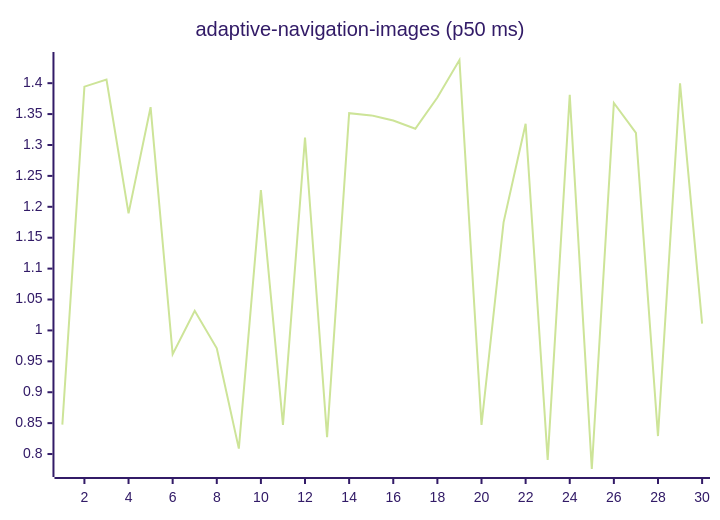
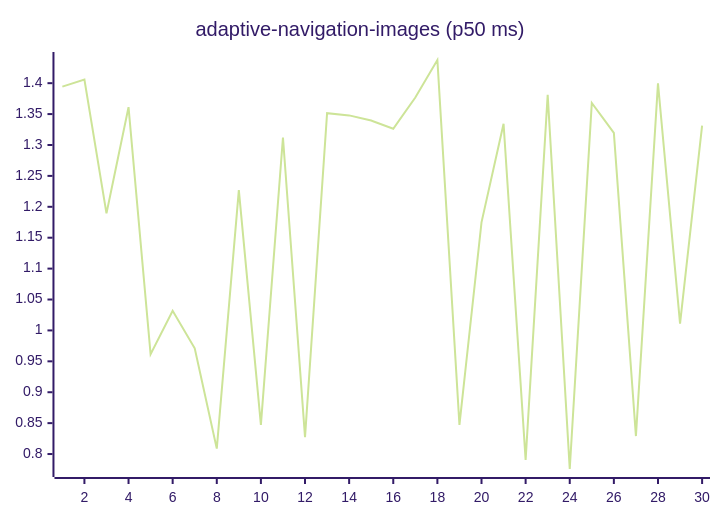
The first of 27 diagrams in README.md (josha/Facet), drawn with Mermaid (forest theme) before and after one commit. The commit also changed other lines of this file and 2 other files, not shown here.

````diff
--- a/README.md
+++ b/README.md
@@ -63,6 +63,6 @@
 ```mermaid
 xychart-beta
     title "adaptive-navigation-images (p50 ms)"
     x-axis 1 --> 30
-    line [0.8475, 1.3944, 1.4060, 1.1893, 1.3612, 0.9615, 1.0317, 0.9711, 0.8088, 1.2271, 0.8473, 1.3121, 0.8274, 1.3515, 1.3479, 1.3395, 1.3263, 1.3769, 1.4375, 0.8471, 1.1748, 1.3343, 0.7905, 1.3810, 0.7758, 1.3680, 1.3197, 0.8291, 1.3996, 1.0110]
+    line [1.3944, 1.4060, 1.1893, 1.3612, 0.9615, 1.0317, 0.9711, 0.8088, 1.2271, 0.8473, 1.3121, 0.8274, 1.3515, 1.3479, 1.3395, 1.3263, 1.3769, 1.4375, 0.8471, 1.1748, 1.3343, 0.7905, 1.3810, 0.7758, 1.3680, 1.3197, 0.8291, 1.3996, 1.0110, 1.3313]
 ```
````
